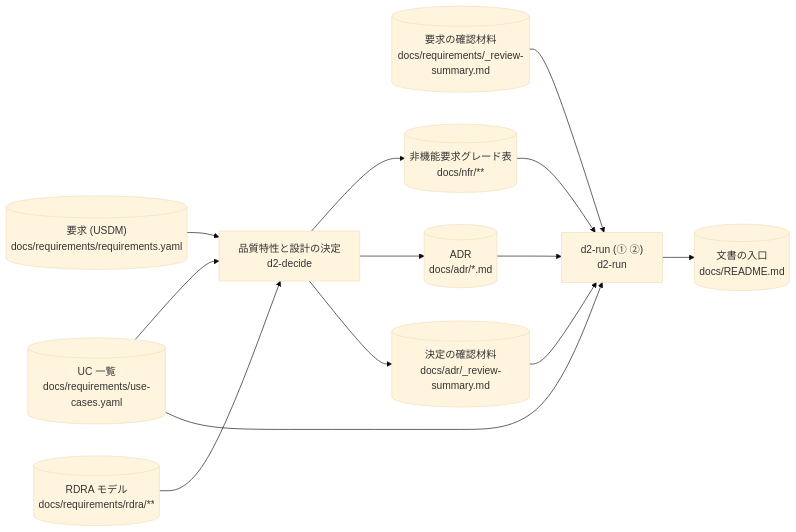
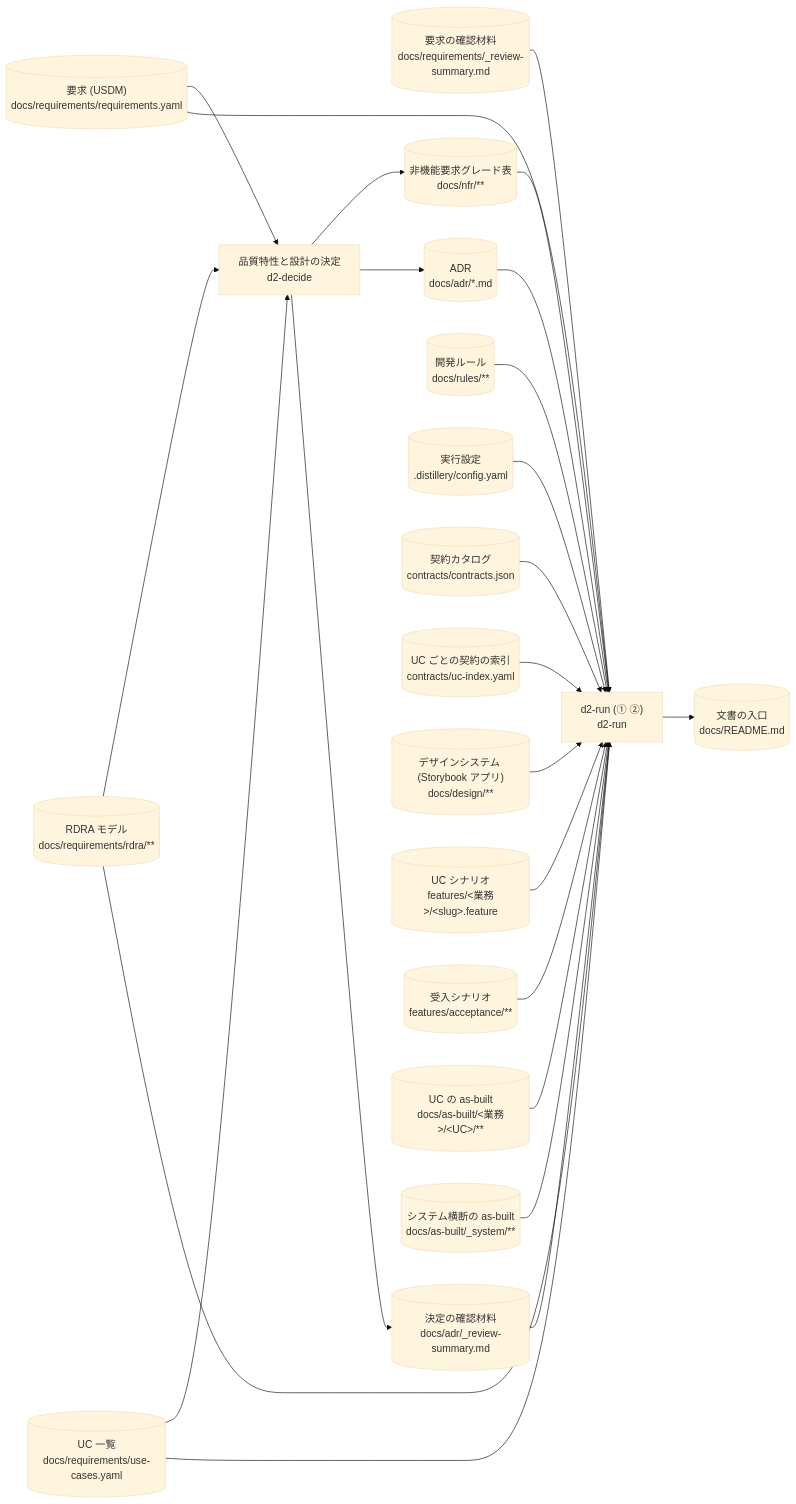
One commit to suwa-sh/suwa-sh-claude-plugins changed the third of 12 diagrams in plugins/distillery2/skills/d2-common/references/dataflow.md. Above: the diagram before and after it, drawn with Mermaid (base theme). The commit also changed other lines of this file and 2 other files, not shown here.

First line of the commit message:
fix(distillery2): d2-run のスクリプトの入出力を実装に合わせ、要約役の許可範囲を index.md に絞って照合する

````diff
--- a/plugins/distillery2/skills/d2-common/references/dataflow.md
+++ b/plugins/distillery2/skills/d2-common/references/dataflow.md
@@ -249,25 +267,45 @@
 ```mermaid
 flowchart LR
   s_req_usdm[("要求 (USDM)<br/>docs/requirements/requirements.yaml")]
   s_req_rdra[("RDRA モデル<br/>docs/requirements/rdra/**")]
   s_use_cases[("UC 一覧<br/>docs/requirements/use-cases.yaml")]
   s_req_review[("要求の確認材料<br/>docs/requirements/_review-summary.md")]
   s_nfr[("非機能要求グレード表<br/>docs/nfr/**")]
   s_adr[("ADR<br/>docs/adr/*.md")]
   s_adr_review[("決定の確認材料<br/>docs/adr/_review-summary.md")]
+  s_rules[("開発ルール<br/>docs/rules/**")]
+  s_config[("実行設定<br/>.distillery/config.yaml")]
+  s_contracts_catalog[("契約カタログ<br/>contracts/contracts.json")]
+  s_uc_index[("UC ごとの契約の索引<br/>contracts/uc-index.yaml")]
+  s_design[("デザインシステム (Storybook アプリ)<br/>docs/design/**")]
+  s_feature[("UC シナリオ<br/>features/#lt;業務#gt;/#lt;slug#gt;.feature")]
+  s_acceptance[("受入シナリオ<br/>features/acceptance/**")]
+  s_asbuilt_uc[("UC の as-built<br/>docs/as-built/#lt;業務#gt;/#lt;UC#gt;/**")]
+  s_asbuilt_system[("システム横断の as-built<br/>docs/as-built/_system/**")]
   s_docs_readme[("文書の入口<br/>docs/README.md")]
   p_decide["品質特性と設計の決定<br/>d2-decide"]
   p_run_early["d2-run (① ②)<br/>d2-run"]
   s_req_usdm --> p_decide
   s_req_rdra --> p_decide
   s_use_cases --> p_decide
   p_decide --> s_nfr
   p_decide --> s_adr
   p_decide --> s_adr_review
   s_req_review --> p_run_early
   s_adr_review --> p_run_early
+  s_config --> p_run_early
+  s_req_rdra --> p_run_early
+  s_req_usdm --> p_run_early
   s_use_cases --> p_run_early
+  s_feature --> p_run_early
+  s_acceptance --> p_run_early
+  s_contracts_catalog --> p_run_early
+  s_uc_index --> p_run_early
+  s_design --> p_run_early
+  s_asbuilt_system --> p_run_early
+  s_asbuilt_uc --> p_run_early
   s_adr --> p_run_early
   s_nfr --> p_run_early
+  s_rules --> p_run_early
   p_run_early --> s_docs_readme
 ```
````
